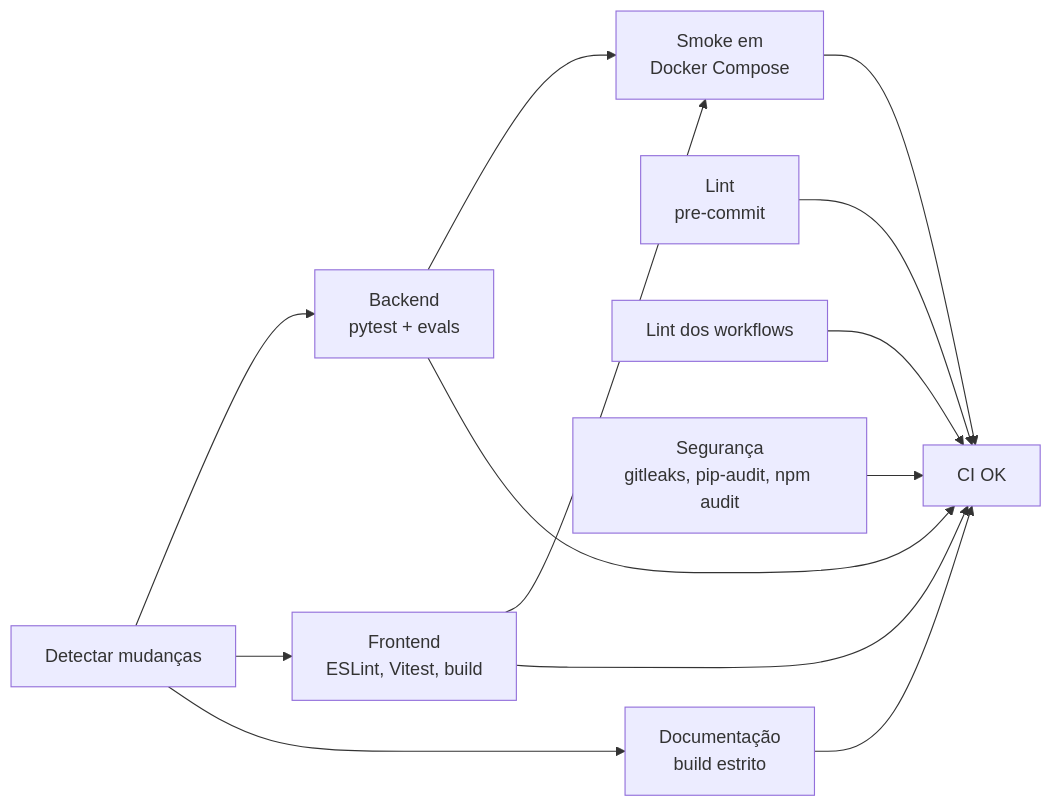
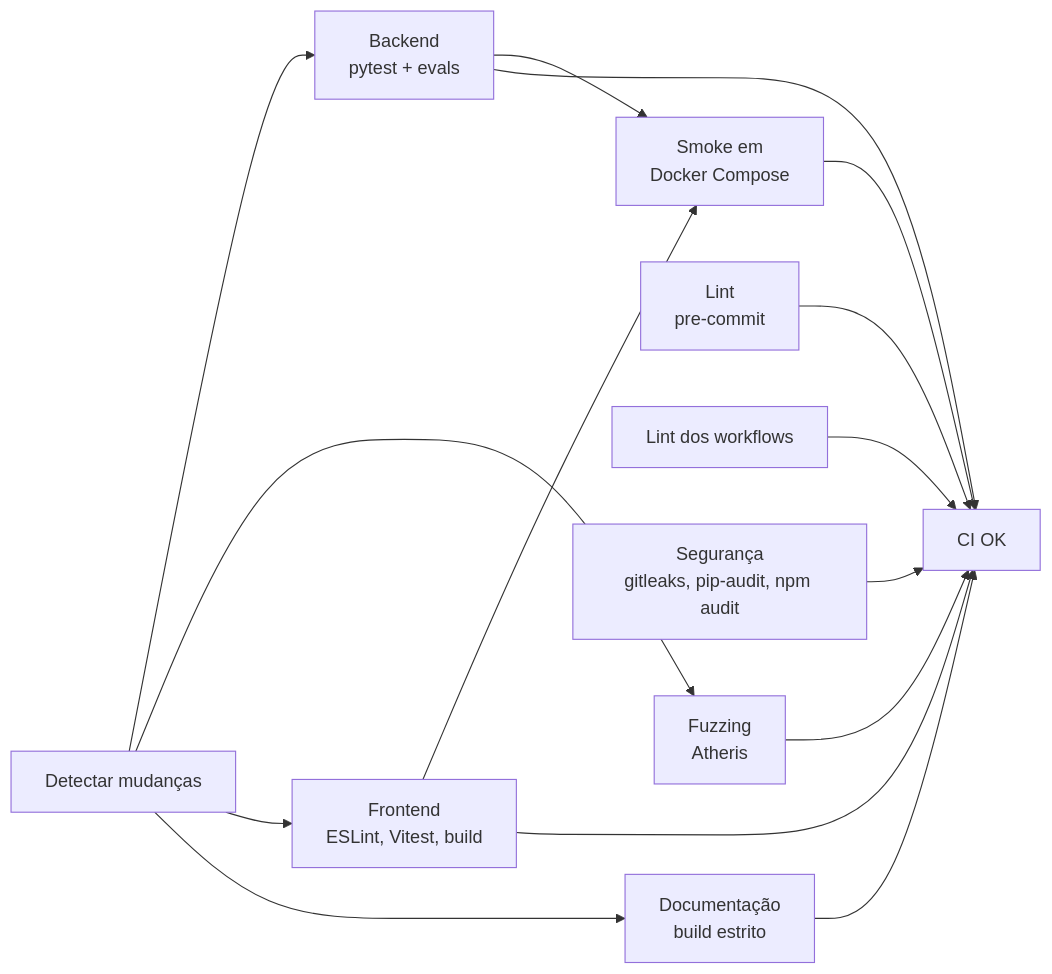
One commit to conformia-bndes/conformia-platform changed the diagram in docs/development/devops.md. Above: the diagram before and after it, drawn with Mermaid. The commit also changed other lines of this file and 5 other files, not shown here.

First line of the commit message:
test(fuzz): fuzzing do motor de regras com Atheris no CI

````diff
--- a/docs/development/devops.md
+++ b/docs/development/devops.md
@@ -37,15 +37,17 @@
 ```mermaid
 flowchart LR
     changes["Detectar mudanças"] --> backend["Backend<br/>pytest + evals"]
+    changes --> fuzz["Fuzzing<br/>Atheris"]
     changes --> frontend["Frontend<br/>ESLint, Vitest, build"]
     changes --> docs["Documentação<br/>build estrito"]
     lint["Lint<br/>pre-commit"] --> ok
     actionlint["Lint dos workflows"] --> ok
     security["Segurança<br/>gitleaks, pip-audit, npm audit"] --> ok
     backend --> smoke["Smoke em<br/>Docker Compose"]
     frontend --> smoke
     backend --> ok["CI OK"]
+    fuzz --> ok
     frontend --> ok
     docs --> ok
     smoke --> ok
 ```
````
